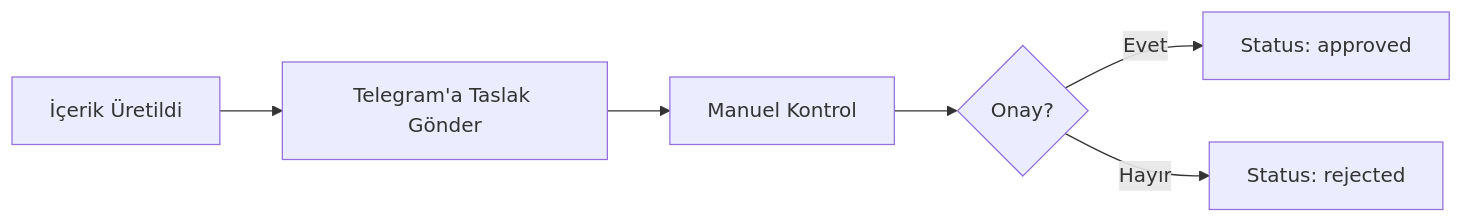
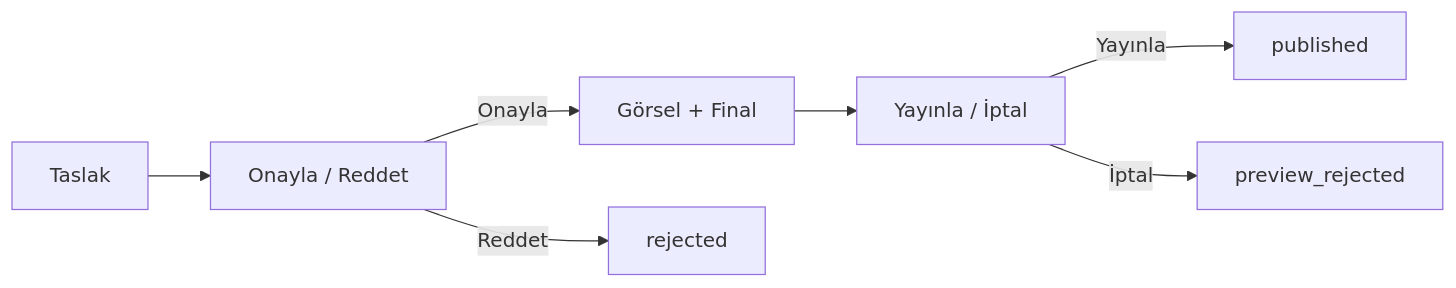
One commit to mustafaxln/social-media-agent changed the sixth of 6 diagrams in docs/akis-semasi.md. Above: the diagram before and after it, drawn with Mermaid. The commit also changed other lines of this file and 25 other files, not shown here.

````diff
--- a/docs/akis-semasi.md
+++ b/docs/akis-semasi.md
@@ -55,8 +73,9 @@
 ```mermaid
 flowchart LR
-    A[İçerik Üretildi] --> B[Telegram'a Taslak Gönder]
-    B --> C[Manuel Kontrol]
-    C --> D{Onay?}
-    D -->|Evet| E[Status: approved]
-    D -->|Hayır| F[Status: rejected]
+    A[Taslak] --> B[Onayla / Reddet]
+    B -->|Onayla| C[Görsel + Final]
+    B -->|Reddet| D[rejected]
+    C --> E[Yayınla / İptal]
+    E -->|Yayınla| F[published]
+    E -->|İptal| G[preview_rejected]
 ```
````
